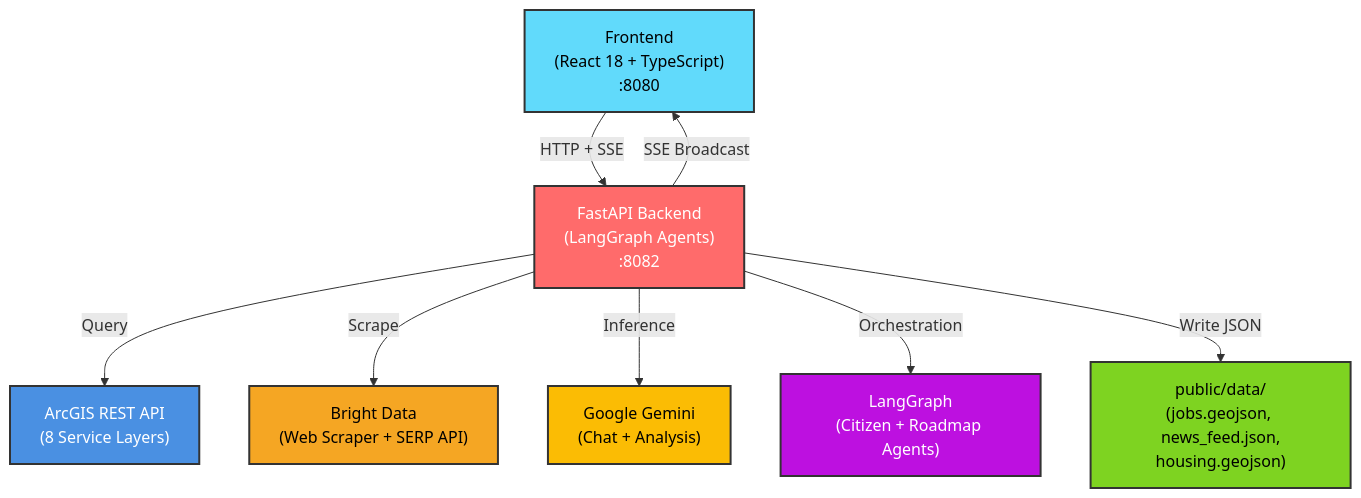
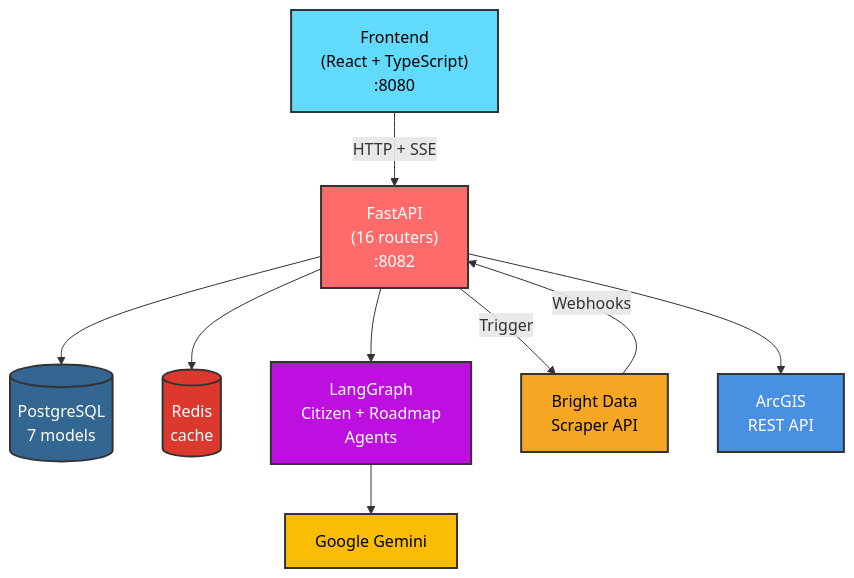
One commit to h19overflow/citysense changed the first of 2 diagrams in README.md. Above: the diagram before and after it, drawn with Mermaid. The commit also changed other lines of this file, not shown here.

Commit message:
docs: rewrite README for CitySense — add DB/Redis architecture, update API reference

````diff
--- a/README.md
+++ b/README.md
@@ -23,23 +37,29 @@
 ```mermaid
 graph TB
-    Frontend["Frontend<br/>(React 18 + TypeScript)<br/>:8080"]
-    Backend["FastAPI Backend<br/>(LangGraph Agents)<br/>:8082"]
+    FE["Frontend<br/>(React + TypeScript)<br/>:8080"]
+    API["FastAPI<br/>(16 routers)<br/>:8082"]
+    DB[(PostgreSQL<br/>7 models)]
+    Redis[(Redis<br/>cache)]
+    Agents["LangGraph<br/>Citizen + Roadmap<br/>Agents"]
+    Gemini["Google Gemini"]
+    BD["Bright Data<br/>Scraper API"]
+    ArcGIS["ArcGIS<br/>REST API"]
 
-    Frontend -->|HTTP + SSE| Backend
+    FE -->|HTTP + SSE| API
+    API --> DB
+    API --> Redis
+    API --> Agents
+    Agents --> Gemini
+    BD -->|Webhooks| API
+    API -->|Trigger| BD
+    API --> ArcGIS
 
-    Backend -->|Query| ArcGIS["ArcGIS REST API<br/>(8 Service Layers)"]
-    Backend -->|Scrape| BrightData["Bright Data<br/>(Web Scraper + SERP API)"]
-    Backend -->|Inference| Gemini["Google Gemini<br/>(Chat + Analysis)"]
-    Backend -->|Orchestration| LangGraph["LangGraph<br/>(Citizen + Roadmap Agents)"]
-
-    Backend -->|Write JSON| DataFiles["public/data/<br/>(jobs.geojson, news_feed.json,<br/>housing.geojson)"]
-    Backend -->|SSE Broadcast| Frontend
-
-    style Frontend fill:#61dafb,stroke:#333,stroke-width:2px,color:#000
-    style Backend fill:#ff6b6b,stroke:#333,stroke-width:2px,color:#fff
+    style FE fill:#61dafb,stroke:#333,stroke-width:2px,color:#000
+    style API fill:#ff6b6b,stroke:#333,stroke-width:2px,color:#fff
+    style DB fill:#336791,stroke:#333,stroke-width:2px,color:#fff
+    style Redis fill:#dc382d,stroke:#333,stroke-width:2px,color:#fff
+    style Agents fill:#bd10e0,stroke:#333,stroke-width:2px,color:#fff
+    style Gemini fill:#fbbc04,stroke:#333,stroke-width:2px,color:#000
+    style BD fill:#f5a623,stroke:#333,stroke-width:2px,color:#000
     style ArcGIS fill:#4a90e2,stroke:#333,stroke-width:2px,color:#fff
-    style BrightData fill:#f5a623,stroke:#333,stroke-width:2px,color:#000
-    style Gemini fill:#fbbc04,stroke:#333,stroke-width:2px,color:#000
-    style LangGraph fill:#bd10e0,stroke:#333,stroke-width:2px,color:#fff
-    style DataFiles fill:#7ed321,stroke:#333,stroke-width:2px,color:#000
 ```
````
